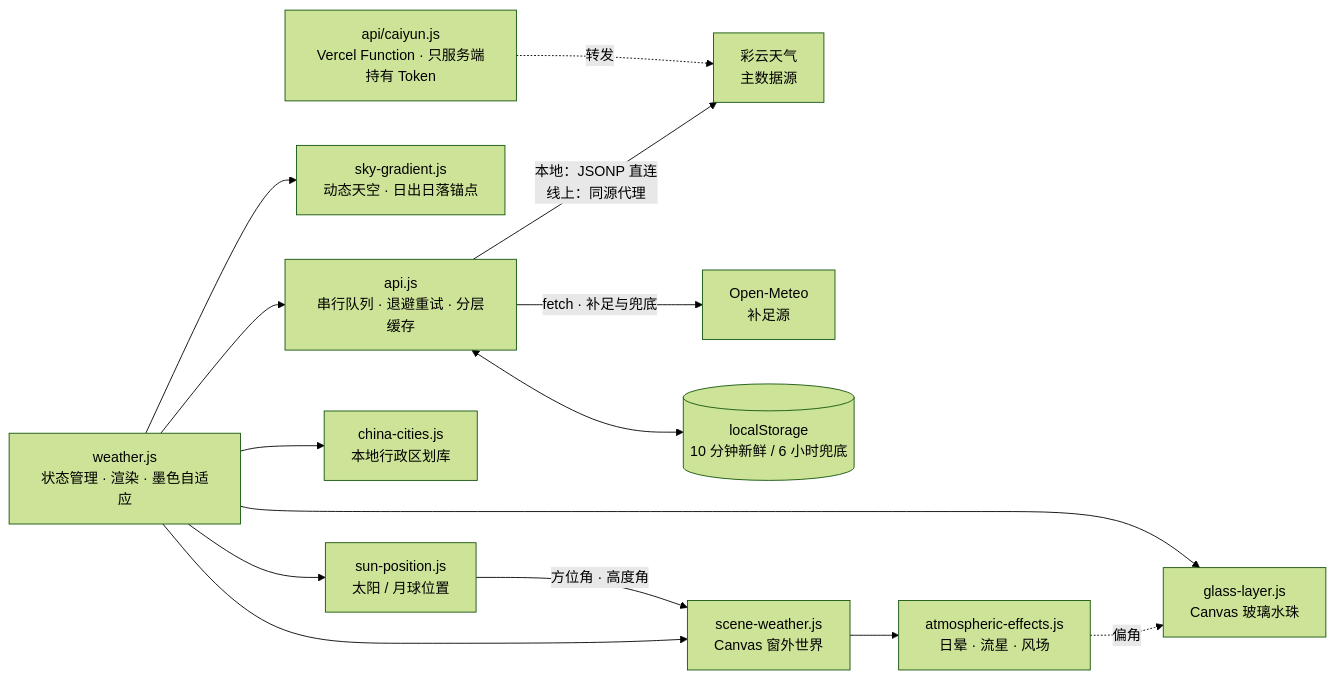
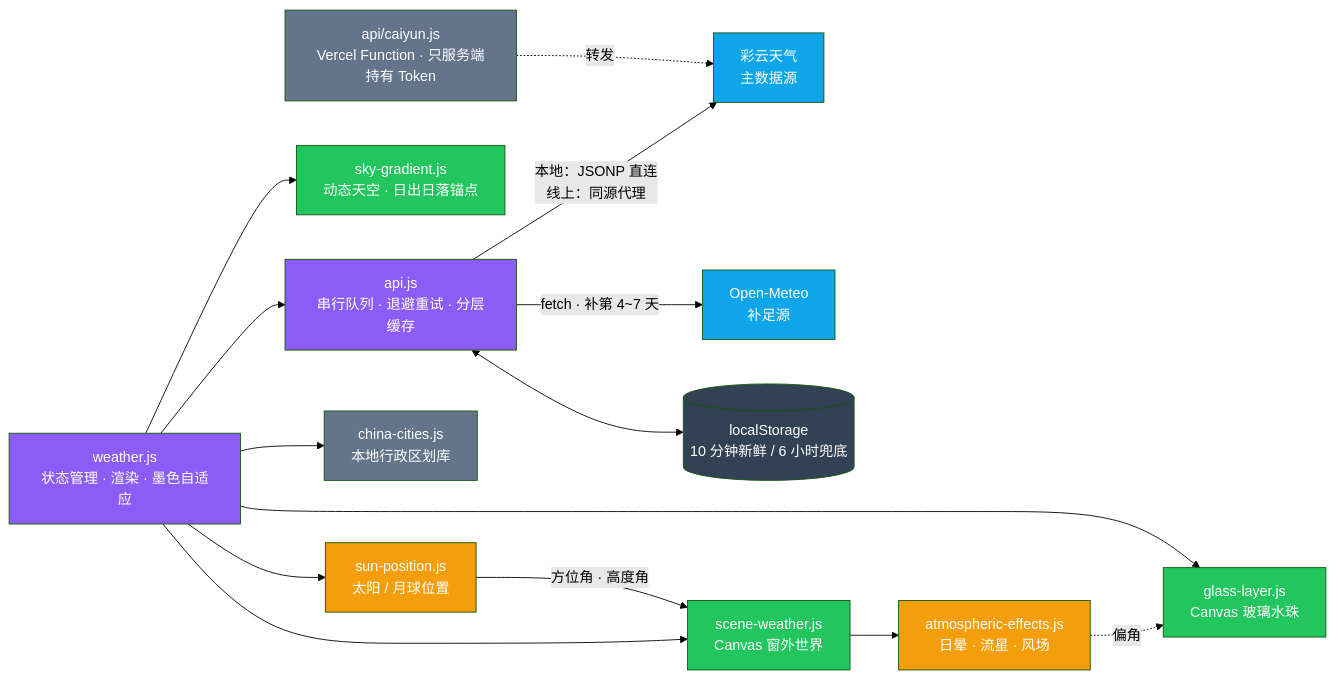
The diagram in README.md (abobb414/AeroWeather), drawn with Mermaid (forest theme) before and after one commit. The commit also changed other lines of this file and 19 other files, not shown here.

First line of the commit message:
Bump to 2.0.0 · 重写中英 README · 全部展示图重截

````diff
--- a/README.md
+++ b/README.md
@@ -151,16 +149,29 @@
 ```mermaid
 flowchart LR
     A["weather.js<br/>状态管理 · 渲染 · 墨色自适应"] --> B["api.js<br/>串行队列 · 退避重试 · 分层缓存"]
     B -->|"本地：JSONP 直连<br/>线上：同源代理"| C["彩云天气<br/>主数据源"]
-    B -->|"fetch · 补足与兜底"| D["Open-Meteo<br/>补足源"]
+    B -->|"fetch · 补第 4~7 天"| D["Open-Meteo<br/>补足源"]
     B <--> E[("localStorage<br/>10 分钟新鲜 / 6 小时兜底")]
     A --> F["sky-gradient.js<br/>动态天空 · 日出日落锚点"]
+    A --> K["sun-position.js<br/>太阳 / 月球位置"]
     A --> G["scene-weather.js<br/>Canvas 窗外世界"]
-    A --> K["sun-position.js<br/>太阳 / 月球位置"]
     K -->|"方位角 · 高度角"| G
     G --> G3["atmospheric-effects.js<br/>日晕 · 流星 · 风场"]
     G3 -.->|"偏角"| H
     A --> H["glass-layer.js<br/>Canvas 玻璃水珠"]
     A --> I["china-cities.js<br/>本地行政区划库"]
     J["api/caiyun.js<br/>Vercel Function · 只服务端持有 Token"] -.->|"转发"| C
+
+    style A fill:#8b5cf6,color:#fff
+    style B fill:#8b5cf6,color:#fff
+    style C fill:#0ea5e9,color:#fff
+    style D fill:#0ea5e9,color:#fff
+    style E fill:#334155,color:#fff
+    style F fill:#22c55e,color:#fff
+    style K fill:#f59e0b,color:#fff
+    style G fill:#22c55e,color:#fff
+    style G3 fill:#f59e0b,color:#fff
+    style H fill:#22c55e,color:#fff
+    style I fill:#64748b,color:#fff
+    style J fill:#64748b,color:#fff
 ```
````
